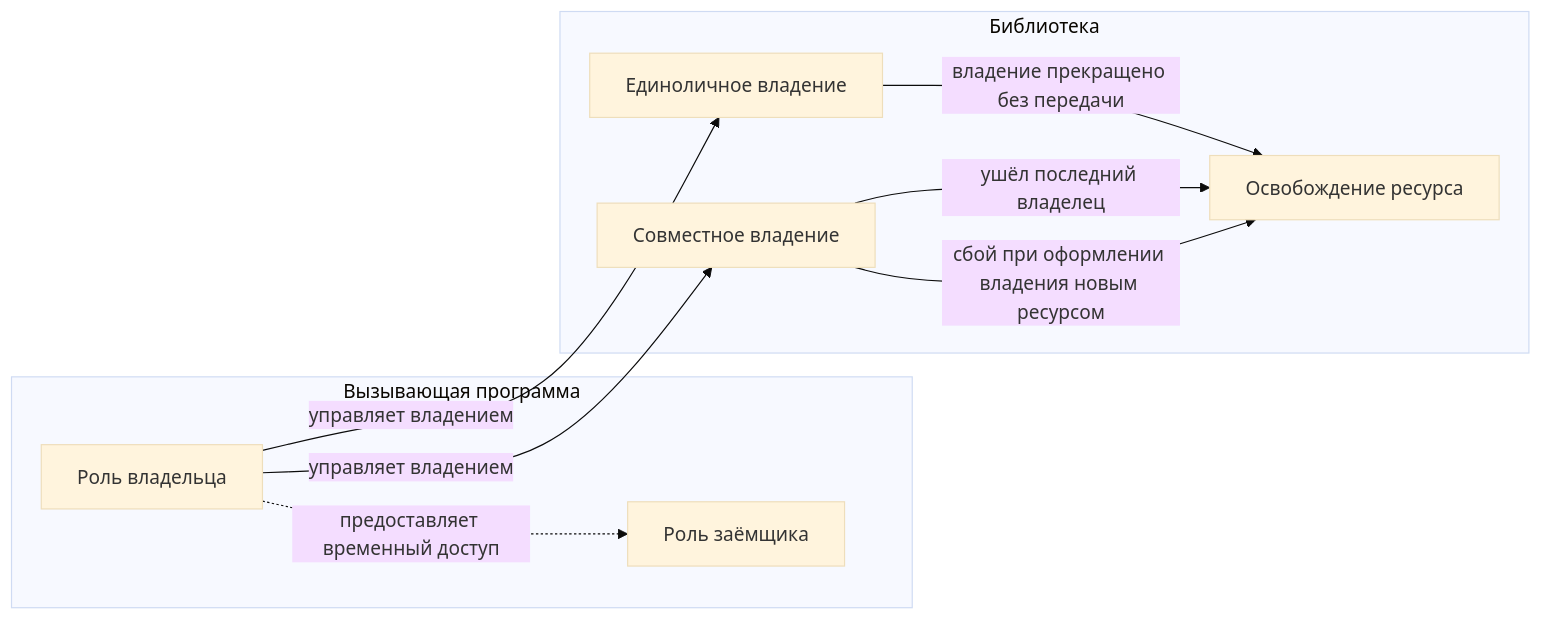
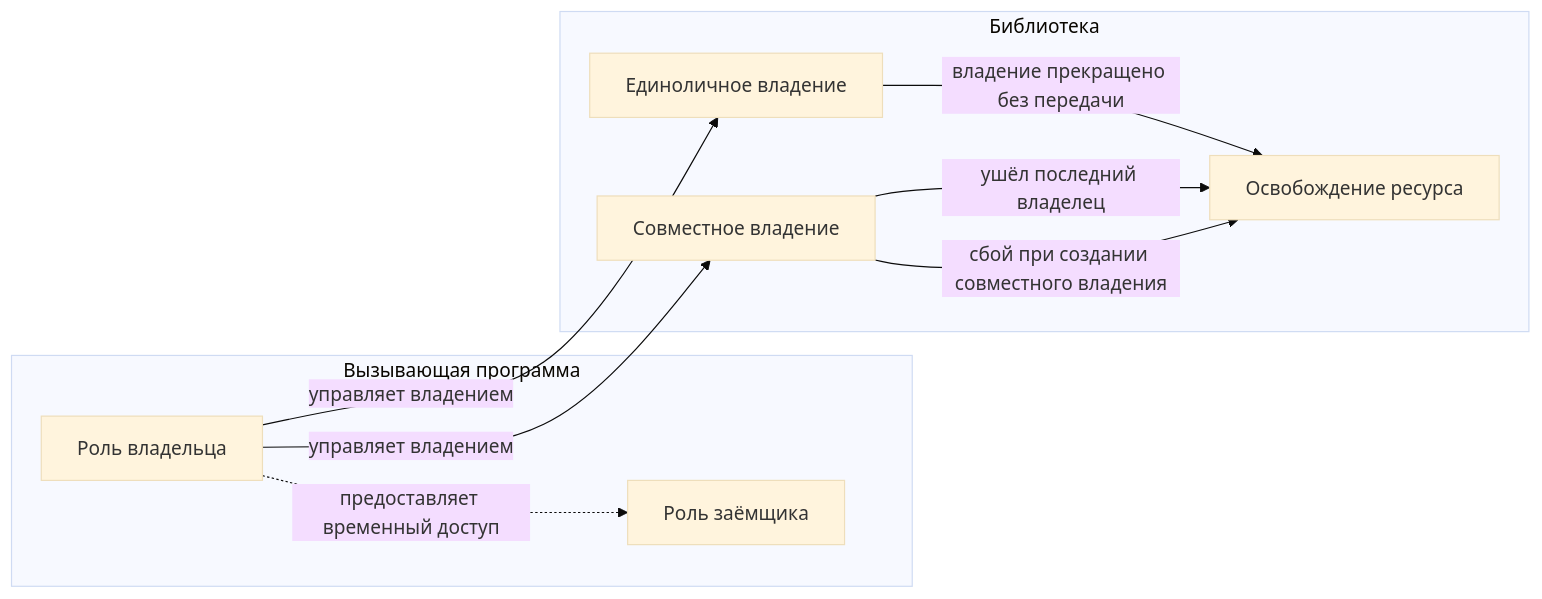
One commit to Krastti/DataStructures changed the second of 2 diagrams in SmartPointers/docs/specafication/Дизайн-Умных-Указателей.md. Above: the diagram before and after it, drawn with Mermaid (base theme). The commit also changed other lines of this file and 3 other files, not shown here.

````diff
--- a/SmartPointers/docs/specafication/Дизайн-Умных-Указателей.md
+++ b/SmartPointers/docs/specafication/Дизайн-Умных-Указателей.md
@@ -28,18 +30,18 @@
 ```mermaid
 flowchart LR
     subgraph C["Вызывающая программа"]
         O["Роль владельца"]
         B["Роль заёмщика"]
     end
     subgraph L["Библиотека"]
         U["Единоличное владение"]
         S["Совместное владение"]
         R["Освобождение ресурса"]
     end
     O -->|"управляет владением"| U
     O -->|"управляет владением"| S
     O -.->|"предоставляет временный доступ"| B
     U -->|"владение прекращено без передачи"| R
     S -->|"ушёл последний владелец"| R
-    S -->|"сбой при оформлении владения новым ресурсом"| R
+    S -->|"сбой при создании совместного владения"| R
 ```
````
